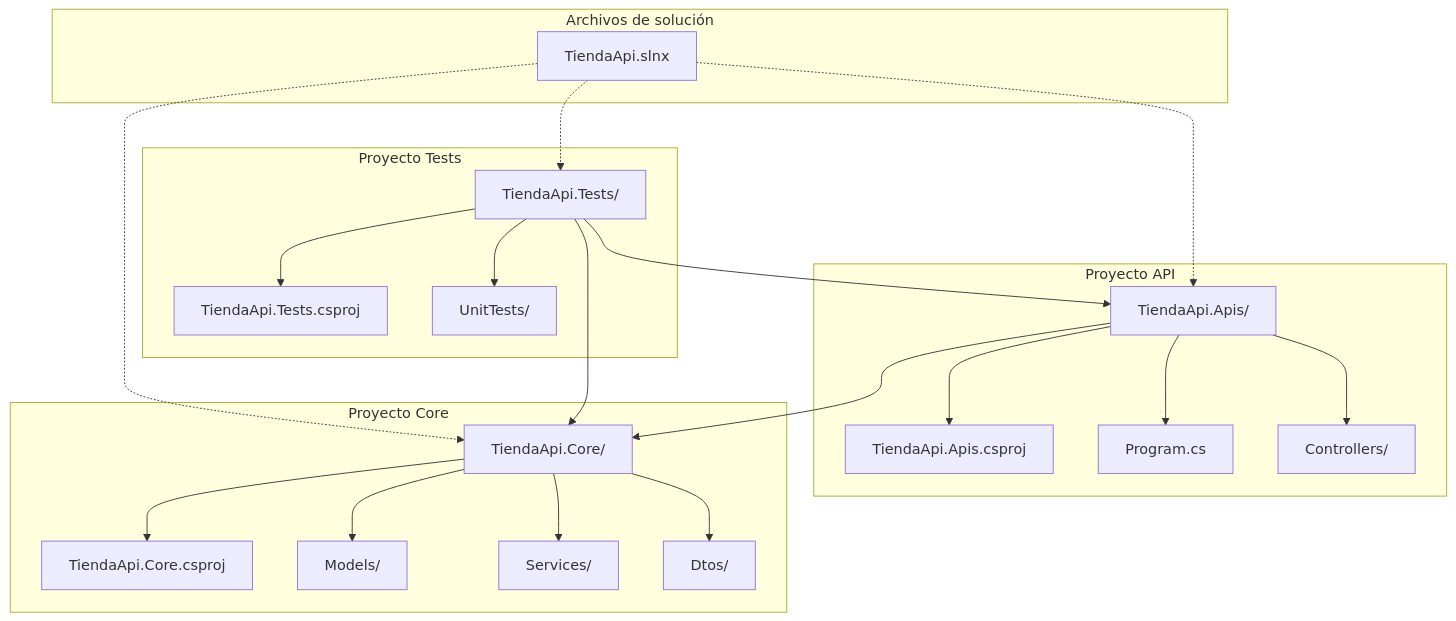
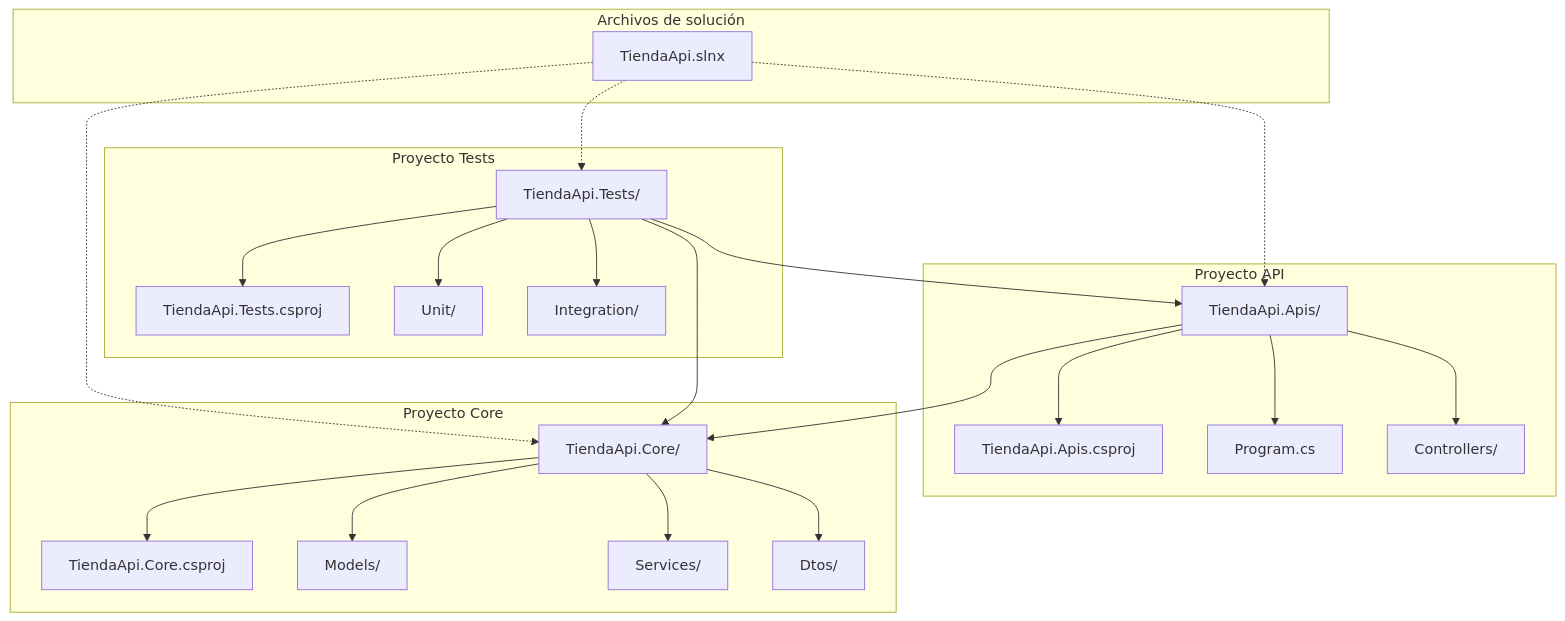
One commit to joseluisgs/TiendaDawApi-NetCore changed the first of 7 diagrams in doc/01-configuracion-proyectos-dotnet.md. Above: the diagram before and after it, drawn with Mermaid. The commit also changed other lines of this file and 1 other file, not shown here.

First line of the commit message:
docs: actualizar arbol doc/01 (Unit/Integration real) y csproj doc/24 a net10.0

````diff
--- a/doc/01-configuracion-proyectos-dotnet.md
+++ b/doc/01-configuracion-proyectos-dotnet.md
@@ -67,35 +67,36 @@
 ```mermaid
 flowchart TB
     subgraph "Archivos de solución"
         SLN["TiendaApi.slnx"]
     end
     
     subgraph "Proyecto API"
         API["TiendaApi.Apis/"]
         API --> API_CS["TiendaApi.Apis.csproj"]
         API --> PROGRAM["Program.cs"]
         API --> CONTROLLERS["Controllers/"]
     end
     
     subgraph "Proyecto Core"
         CORE["TiendaApi.Core/"]
         CORE --> CORE_CS["TiendaApi.Core.csproj"]
         CORE --> MODELS["Models/"]
         CORE --> SERVICES["Services/"]
         CORE --> DTOS["Dtos/"]
     end
     
     subgraph "Proyecto Tests"
         TESTS["TiendaApi.Tests/"]
         TESTS --> TESTS_CS["TiendaApi.Tests.csproj"]
-        TESTS --> UNIT["UnitTests/"]
+        TESTS --> UNIT["Unit/"]
+        TESTS --> INTEG["Integration/"]
     end
     
     SLN -.-> API
     SLN -.-> CORE
     SLN -.-> TESTS
     
     API --> CORE
     TESTS --> API
     TESTS --> CORE
 ```
````
